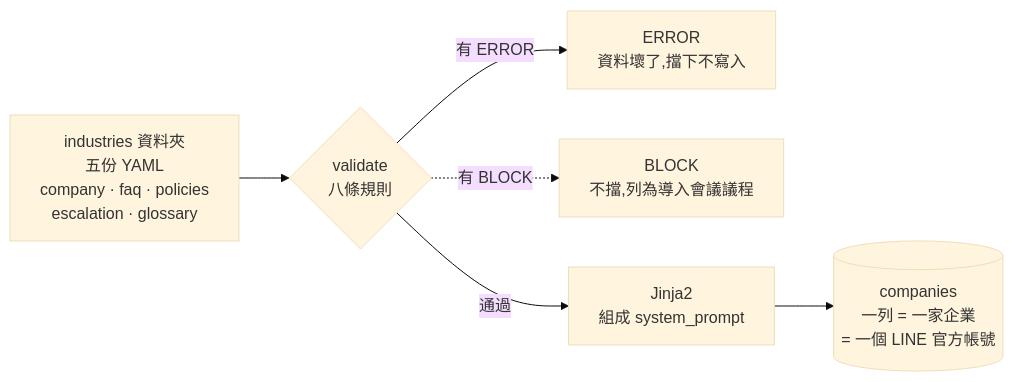
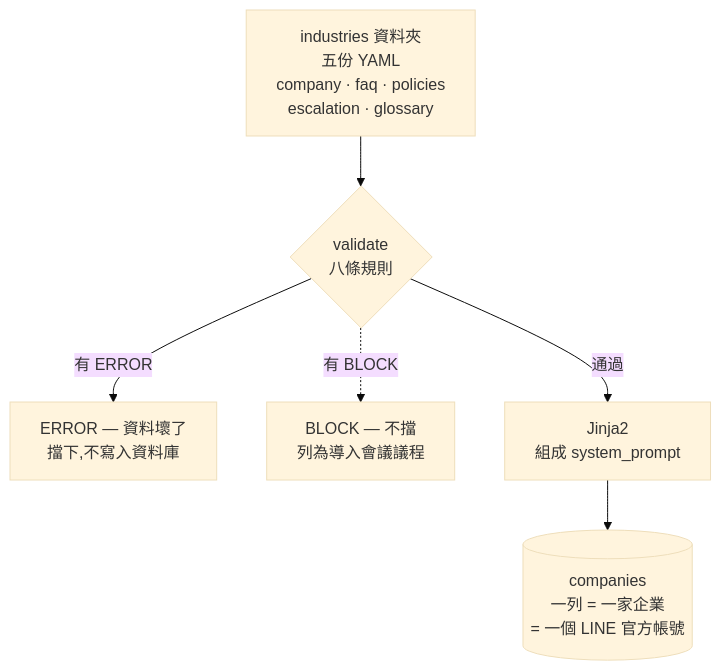
Before and after one commit to inform199751-crypto/universal-ai-helpdesk: the first of 2 diagrams in README.md, drawn with Mermaid (base theme).

Commit message:
docs: 第一張圖改成上到下,LR 會被 README 的窄欄切掉
flowchart LR 加上三條分支撐得太寬,在 GitHub 的 README 欄寬底下,
最重要的那條路徑(validate 通過 -> Jinja2 -> companies)被切在畫面外,
只看得到 ERROR 和 BLOCK 兩條例外路徑 —— 剛好把主線藏起來。

在瀏覽器上實際看過才發現的。Mermaid 語法正確不等於畫出來的東西看得到。

````diff
--- a/README.md
+++ b/README.md
@@ -10,15 +10,15 @@
 ```mermaid
-flowchart LR
+flowchart TD
     Y["industries 資料夾<br/>五份 YAML<br/>company · faq · policies<br/>escalation · glossary"]
     V{"validate<br/>八條規則"}
-    E["ERROR<br/>資料壞了,擋下不寫入"]
-    B["BLOCK<br/>不擋,列為導入會議議程"]
+    E["ERROR — 資料壞了<br/>擋下,不寫入資料庫"]
+    B["BLOCK — 不擋<br/>列為導入會議議程"]
     J["Jinja2<br/>組成 system_prompt"]
     D[("companies<br/>一列 = 一家企業<br/>= 一個 LINE 官方帳號")]
 
     Y --> V
     V -- 有 ERROR --> E
     V -. 有 BLOCK .-> B
     V -- 通過 --> J
     J --> D
 ```
````
